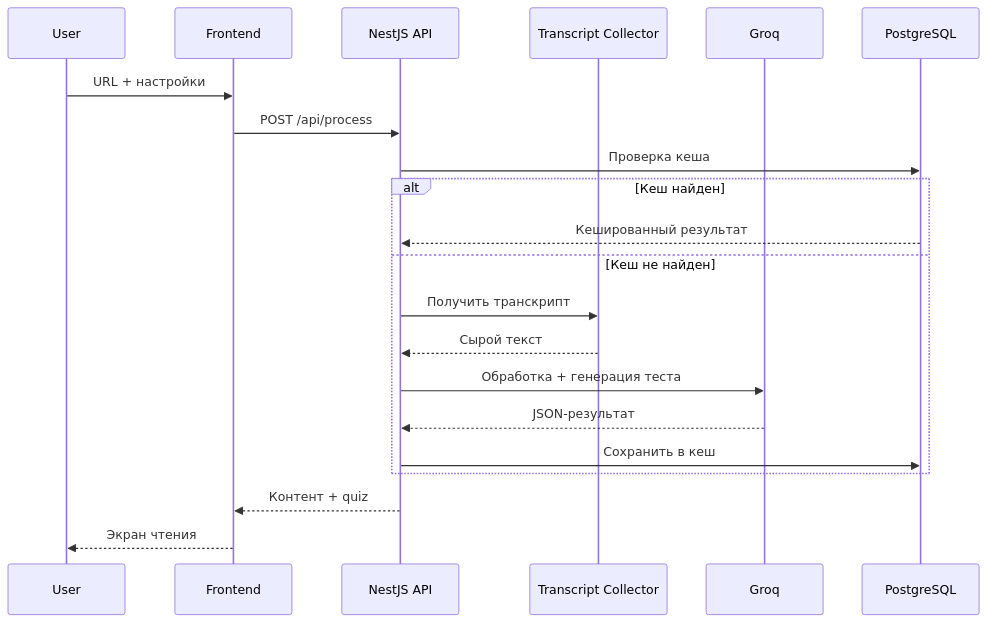
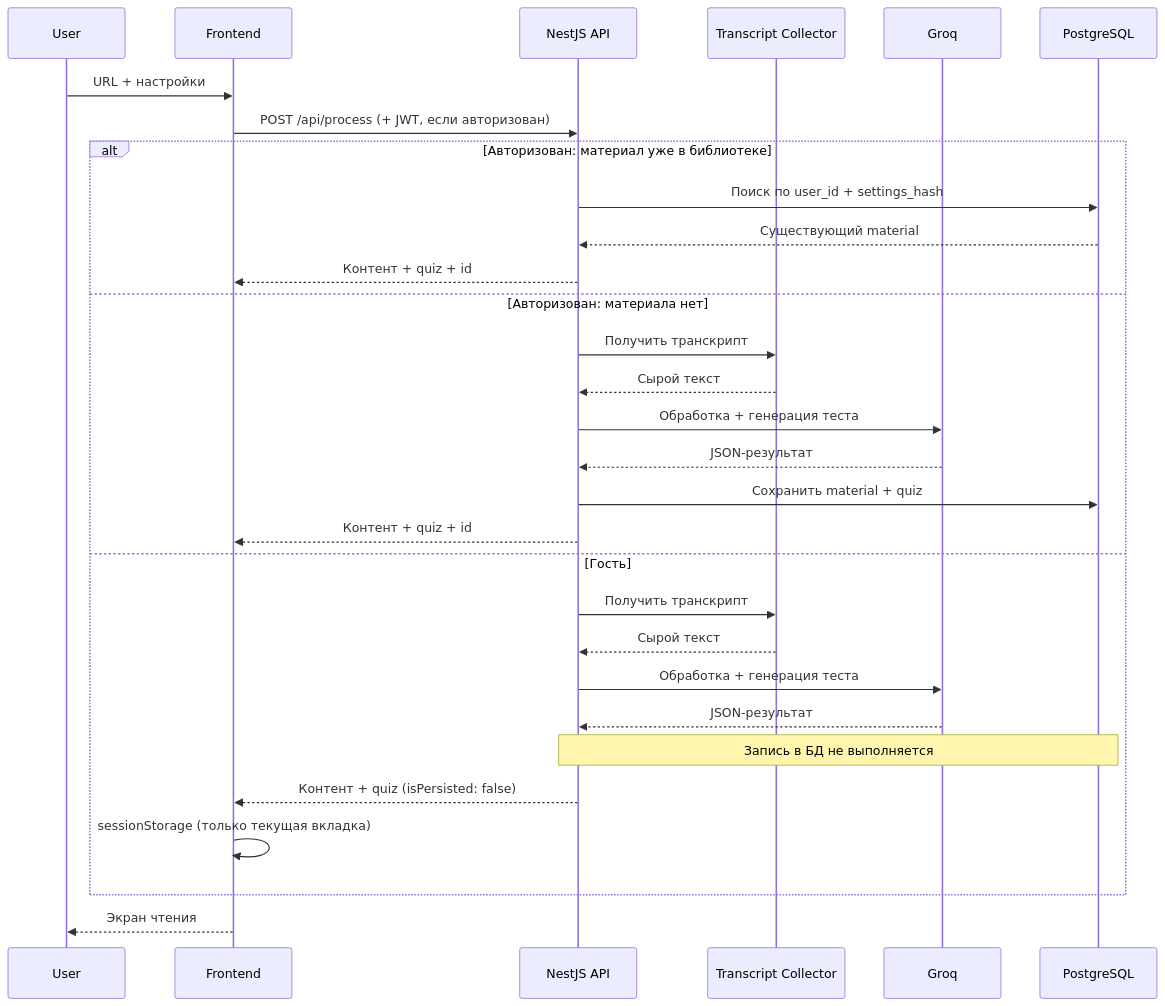
The diagram in docs/main-design.md (Daniello0/edu-track-ai), drawn with Mermaid before and after one commit. The commit also changed other lines of this file and 4 other files, not shown here.

Commit message:
Update README, design documents, and schemas to reflect new features and authentication flow with Firebase.

````diff
--- a/docs/main-design.md
+++ b/docs/main-design.md
@@ -65,24 +80,35 @@
 ```mermaid
 sequenceDiagram
     participant U as User
     participant FE as Frontend
     participant BE as NestJS API
     participant TC as Transcript Collector
     participant AI as Groq
     participant DB as PostgreSQL
 
     U->>FE: URL + настройки
-    FE->>BE: POST /api/process
-    BE->>DB: Проверка кеша
-    alt Кеш найден
-        DB-->>BE: Кешированный результат
-    else Кеш не найден
+    FE->>BE: POST /api/process (+ JWT, если авторизован)
+
+    alt Авторизован: материал уже в библиотеке
+        BE->>DB: Поиск по user_id + settings_hash
+        DB-->>BE: Существующий material
+        BE-->>FE: Контент + quiz + id
+    else Авторизован: материала нет
         BE->>TC: Получить транскрипт
         TC-->>BE: Сырой текст
         BE->>AI: Обработка + генерация теста
         AI-->>BE: JSON-результат
-        BE->>DB: Сохранить в кеш
+        BE->>DB: Сохранить material + quiz
+        BE-->>FE: Контент + quiz + id
+    else Гость
+        BE->>TC: Получить транскрипт
+        TC-->>BE: Сырой текст
+        BE->>AI: Обработка + генерация теста
+        AI-->>BE: JSON-результат
+        Note over BE,DB: Запись в БД не выполняется
+        BE-->>FE: Контент + quiz (isPersisted: false)
+        FE->>FE: sessionStorage (только текущая вкладка)
     end
-    BE-->>FE: Контент + quiz
+
     FE-->>U: Экран чтения
 ```
````
